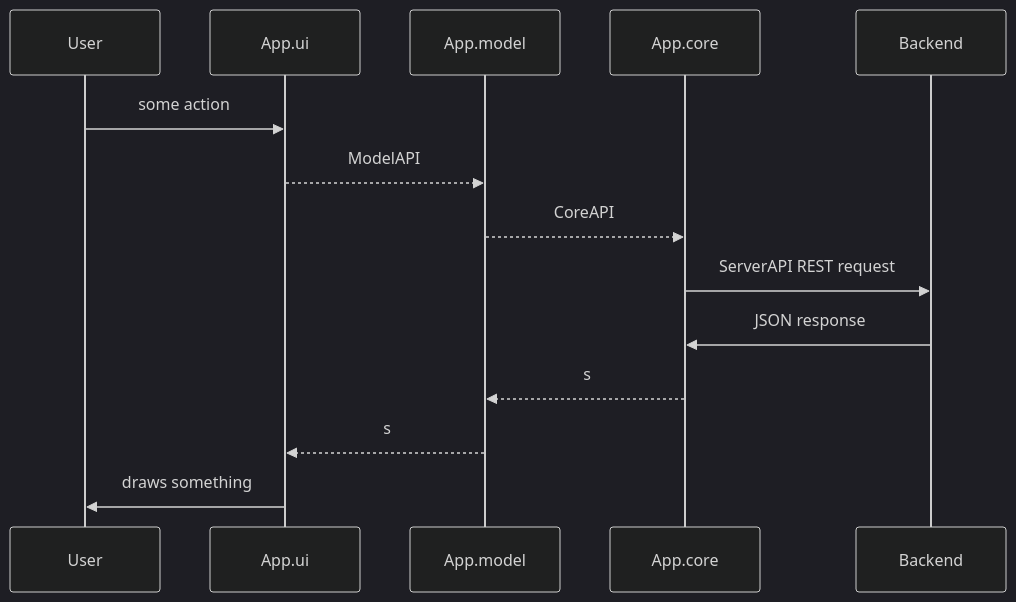
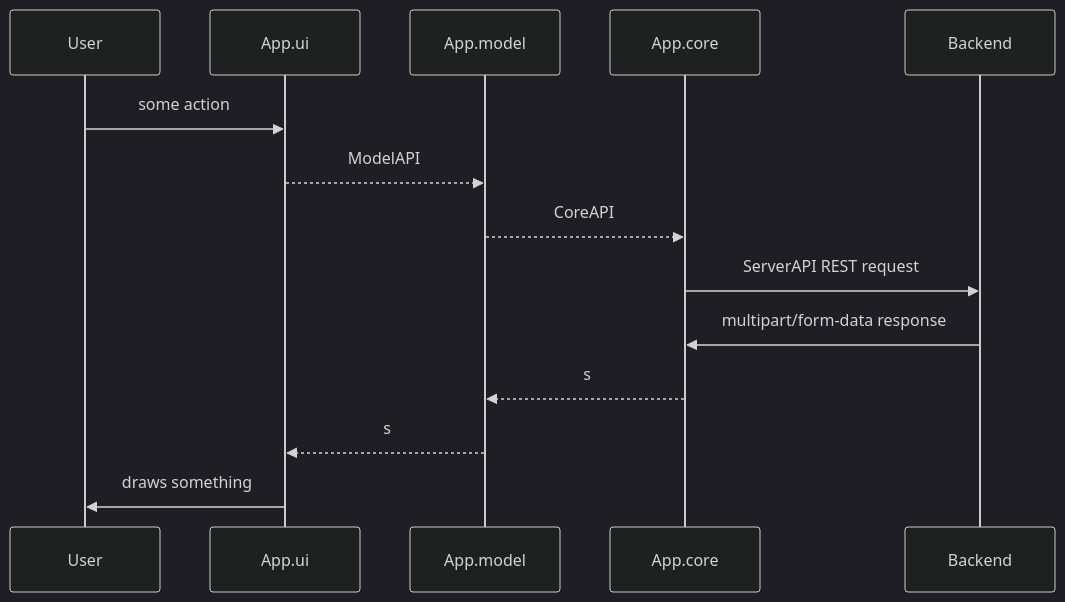
The second of 7 diagrams in README.md (funduck/modular-notes), drawn with Mermaid (dark theme) before and after one commit. The commit also changed other lines of this file and 5 other files, not shown here.

````diff
--- a/README.md
+++ b/README.md
@@ -24,11 +24,11 @@
 ```mermaid
 sequenceDiagram
     User->>App.ui: some action
     App.ui-->>App.model: ModelAPI
     App.model-->>App.core: CoreAPI
     App.core->>Backend: ServerAPI REST request
-    Backend->>App.core: JSON response
+    Backend->>App.core: multipart/form-data response
     App.core-->>App.model: s
     App.model-->>App.ui: s
     App.ui->>User: draws something
 ```
````
